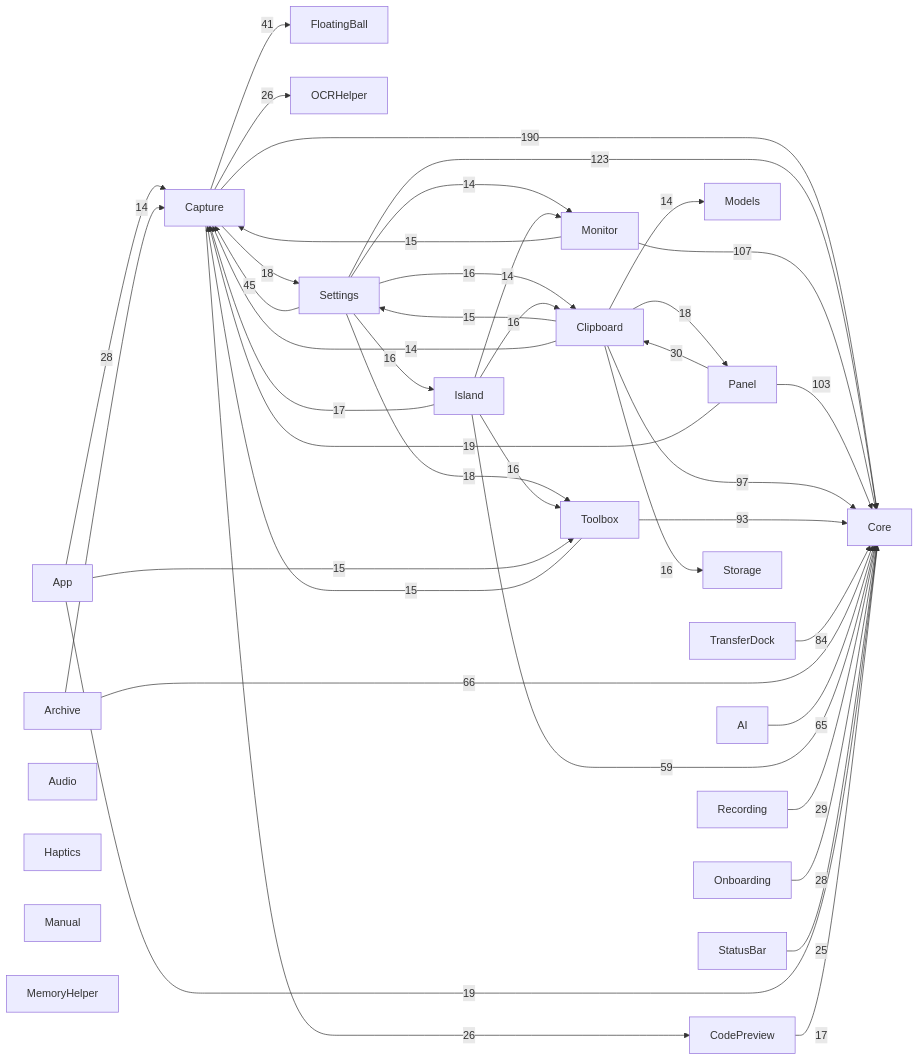
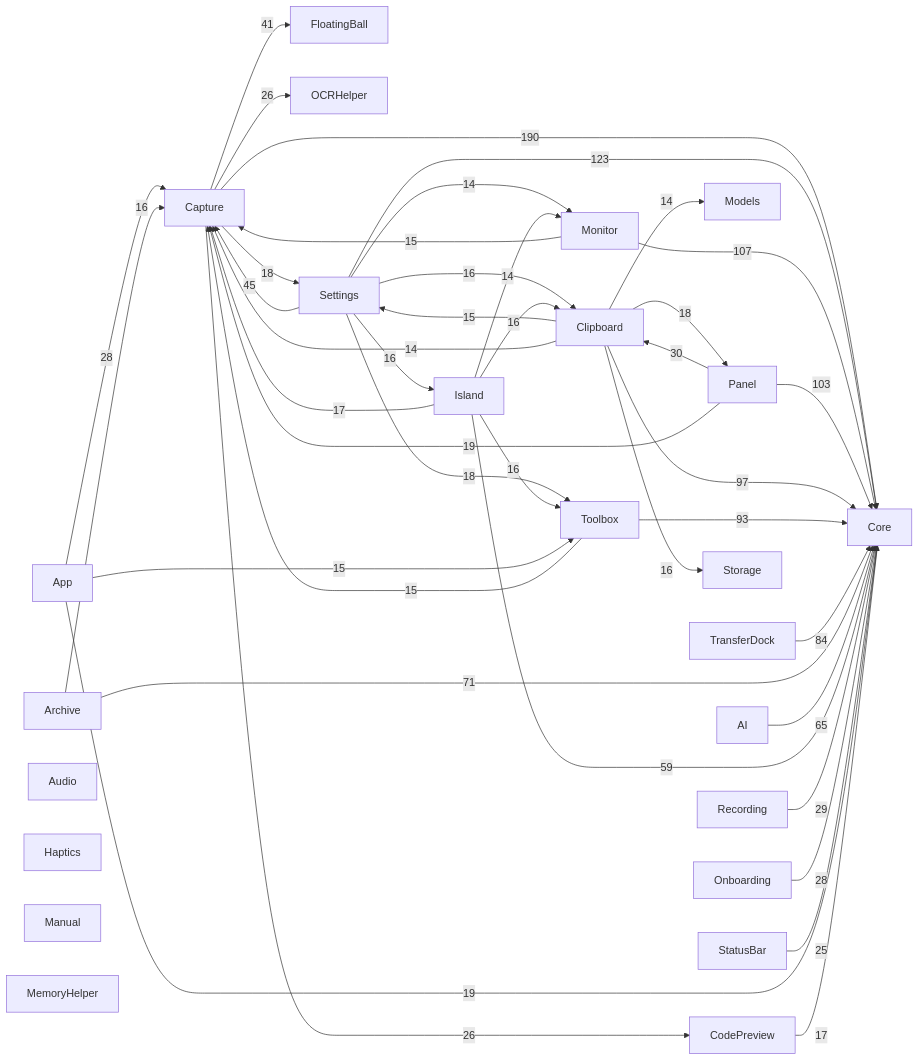
Before and after one commit to sxyq/Kitnest: the diagram in docs/00-总览/模块依赖图.md, drawn with Mermaid. The commit also changed other lines of this file and 10 other files, not shown here.

````diff
--- a/docs/00-总览/模块依赖图.md
+++ b/docs/00-总览/模块依赖图.md
@@ -38,67 +38,67 @@
 ```mermaid
 flowchart LR
   M0["AI"]
   M1["App"]
   M2["Archive"]
   M3["Audio"]
   M4["Capture"]
   M5["Clipboard"]
   M6["CodePreview"]
   M7["Core"]
   M8["FloatingBall"]
   M9["Haptics"]
   M10["Island"]
   M11["Manual"]
   M12["MemoryHelper"]
   M13["Models"]
   M14["Monitor"]
   M15["OCRHelper"]
   M16["Onboarding"]
   M17["Panel"]
   M18["Recording"]
   M19["Settings"]
   M20["StatusBar"]
   M21["Storage"]
   M22["Toolbox"]
   M23["TransferDock"]
   M4 -->|190| M7
   M19 -->|123| M7
   M14 -->|107| M7
   M17 -->|103| M7
   M5 -->|97| M7
   M22 -->|93| M7
   M23 -->|84| M7
-  M2 -->|66| M7
+  M2 -->|71| M7
   M0 -->|65| M7
   M10 -->|59| M7
   M19 -->|45| M4
   M4 -->|41| M8
   M17 -->|30| M5
   M18 -->|29| M7
   M1 -->|28| M4
   M16 -->|28| M7
   M4 -->|26| M15
   M4 -->|26| M6
   M20 -->|25| M7
   M1 -->|19| M7
   M17 -->|19| M4
   M19 -->|18| M22
   M4 -->|18| M19
   M5 -->|18| M17
   M6 -->|17| M7
   M10 -->|17| M4
   M19 -->|16| M5
   M19 -->|16| M10
+  M2 -->|16| M4
   M10 -->|16| M22
   M10 -->|16| M5
   M5 -->|16| M21
   M1 -->|15| M22
   M14 -->|15| M4
   M22 -->|15| M4
   M5 -->|15| M19
   M19 -->|14| M14
-  M2 -->|14| M4
   M10 -->|14| M14
   M5 -->|14| M4
   M5 -->|14| M13
 ```
````
